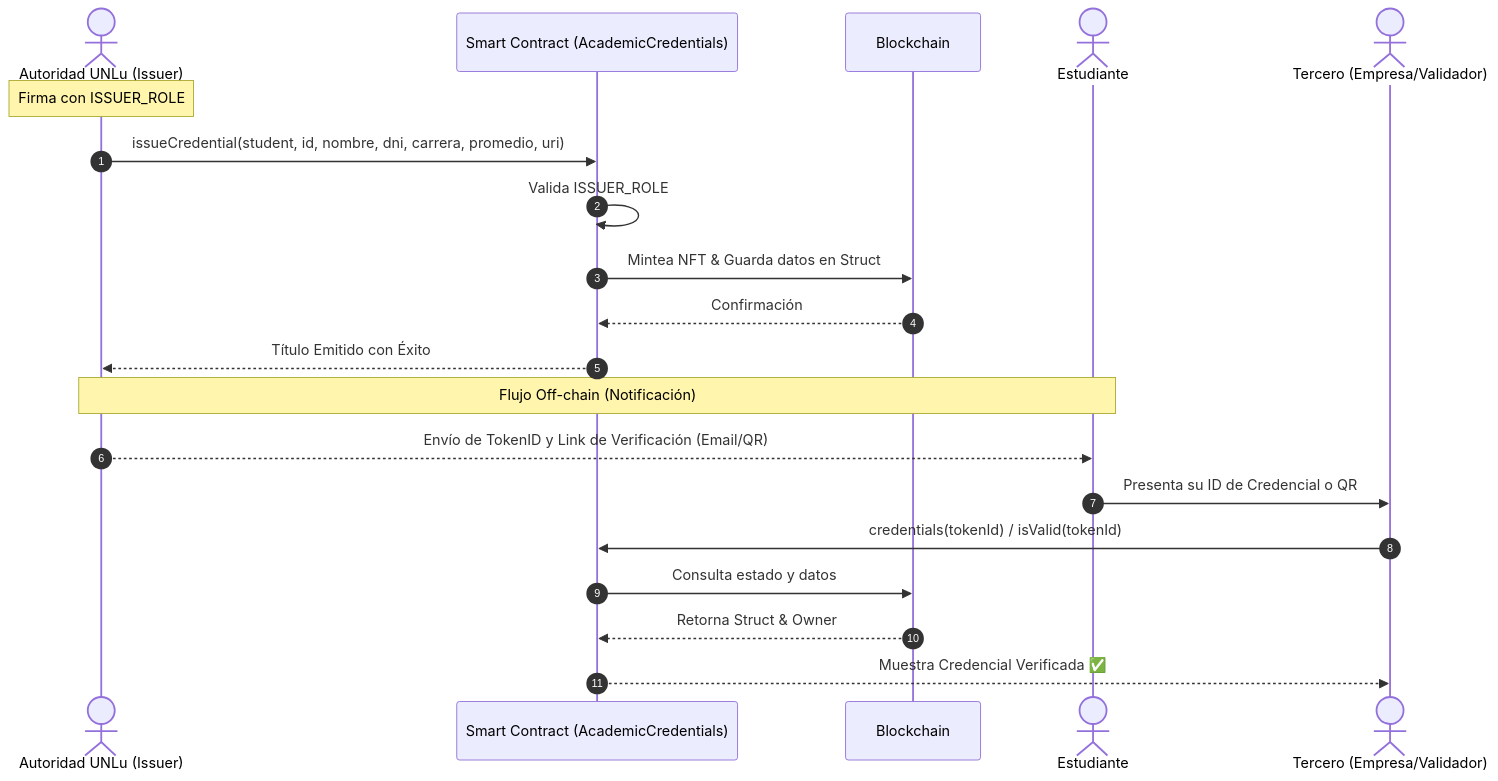
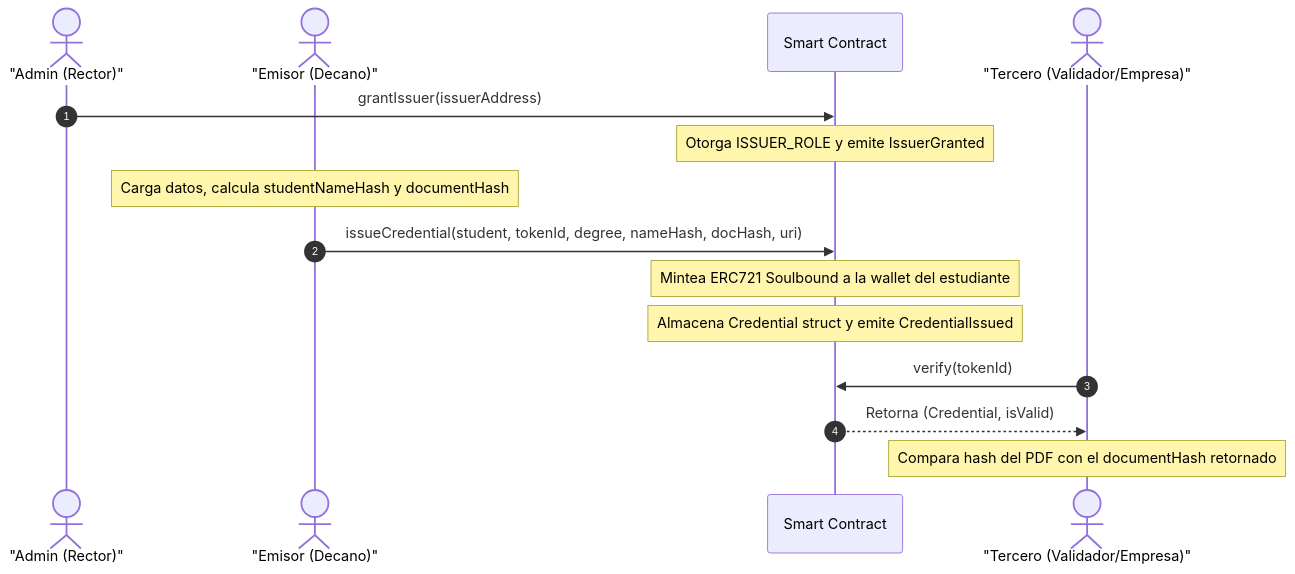
Before and after one commit to tomasdelvechio/tp-final-dapps-diplo-blockchain: the second of 2 diagrams in unlu-cert-token/README.md, drawn with Mermaid. The commit also changed other lines of this file and 4 other files, not shown here.

````diff
--- a/unlu-cert-token/README.md
+++ b/unlu-cert-token/README.md
@@ -15,25 +77,20 @@
 ```mermaid
 sequenceDiagram
     autonumber
-    actor Emisor as Autoridad UNLu (Issuer)
-    participant SC as Smart Contract (AcademicCredentials)
-    participant BC as Blockchain
-    actor Estudiante as Estudiante
-    actor Verificador as Tercero (Empresa/Validador)
+    actor Admin as "Admin (Rector)"
+    actor Issuer as "Emisor (Decano)"
+    participant SC as Smart Contract
+    actor Validador as "Tercero (Validador/Empresa)"
 
-    Note over Emisor: Firma con ISSUER_ROLE
-    Emisor->>SC: issueCredential(student, id, nombre, dni, carrera, promedio, uri)
-    SC->>SC: Valida ISSUER_ROLE
-    SC->>BC: Mintea NFT & Guarda datos en Struct
-    BC-->>SC: Confirmación
-    SC-->>Emisor: Título Emitido con Éxito
-    
-    Note over Emisor, Estudiante: Flujo Off-chain (Notificación)
-    Emisor-->>Estudiante: Envío de TokenID y Link de Verificación (Email/QR)
+    Admin->>SC: grantIssuer(issuerAddress)
+    Note over SC: Otorga ISSUER_ROLE y emite IssuerGranted
 
-    Estudiante->>Verificador: Presenta su ID de Credencial o QR
-    Verificador->>SC: credentials(tokenId) / isValid(tokenId)
-    SC->>BC: Consulta estado y datos
-    BC-->>SC: Retorna Struct & Owner
-    SC-->>Verificador: Muestra Credencial Verificada ✅
+    Note over Issuer: Carga datos, calcula studentNameHash y documentHash
+    Issuer->>SC: issueCredential(student, tokenId, degree, nameHash, docHash, uri)
+    Note over SC: Mintea ERC721 Soulbound a la wallet del estudiante
+    Note over SC: Almacena Credential struct y emite CredentialIssued
+
+    Validador->>SC: verify(tokenId)
+    SC-->>Validador: Retorna (Credential, isValid)
+    Note over Validador: Compara hash del PDF con el documentHash retornado
 ```
````
